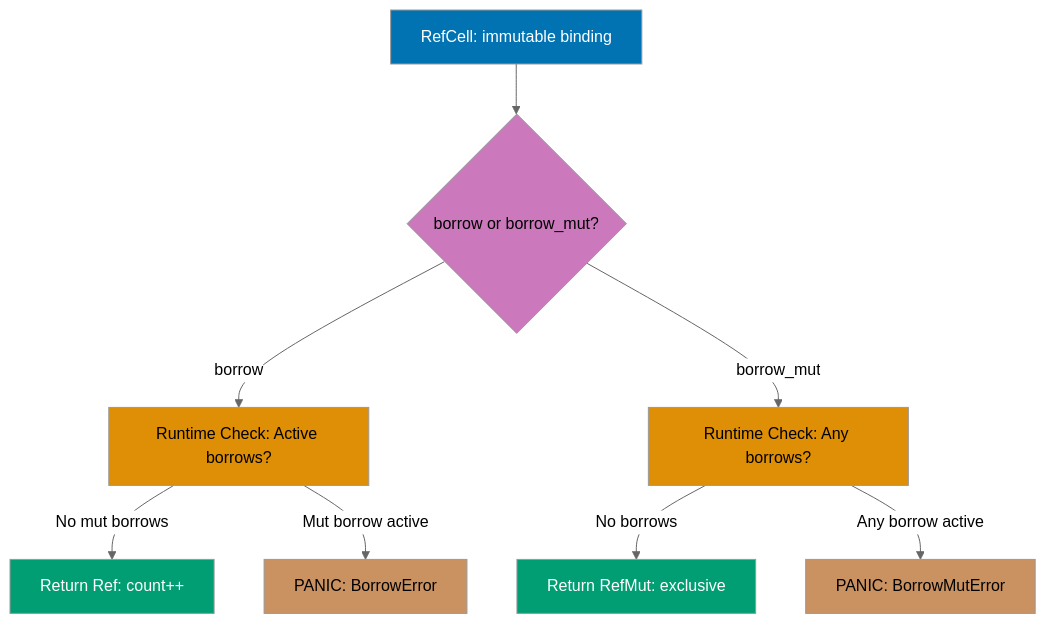
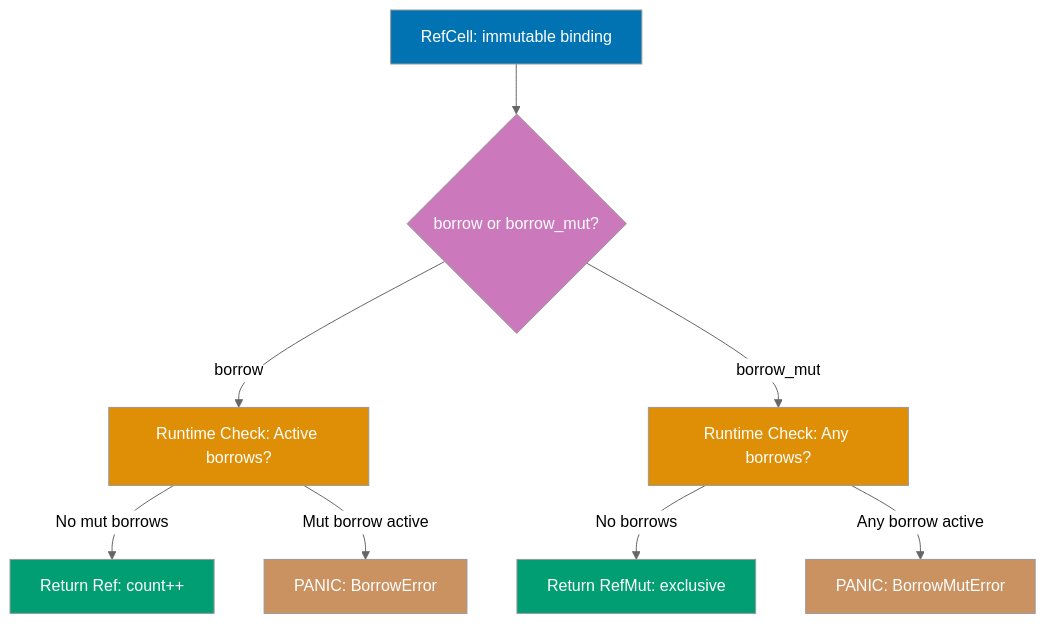
The eighth of 12 diagrams in apps/ayokoding-web/content/en/learn/software-engineering/programming-languages/rust/by-example/intermediate.md (wahidyankf/open-sharia-enterprise), drawn with Mermaid (neutral theme) before and after one commit. The commit also changed other lines of this file and 61 other files, not shown here.

First line of the commit message:
fix(ayokoding-web): quote Mermaid node labels with special characters in Example 63

````diff
--- a/apps/ayokoding-web/content/en/learn/software-engineering/programming-languages/rust/by-example/intermediate.md
+++ b/apps/ayokoding-web/content/en/learn/software-engineering/programming-languages/rust/by-example/intermediate.md
@@ -1435,20 +1435,20 @@
 ```mermaid
 %% RefCell runtime borrow checking
 graph TD
     A[RefCell<T>: immutable binding] --> B{borrow or borrow_mut?}
     B -->|borrow| C[Runtime Check: Active borrows?]
     B -->|borrow_mut| D[Runtime Check: Any borrows?]
     C -->|No mut borrows| E[Return Ref<T>: count++]
     C -->|Mut borrow active| F[PANIC: BorrowError]
     D -->|No borrows| G[Return RefMut<T>: exclusive]
     D -->|Any borrow active| H[PANIC: BorrowMutError]
 
     style A fill:#0173B2,color:#fff
-    style B fill:#CC78BC,color:#000
-    style C fill:#DE8F05,color:#000
-    style D fill:#DE8F05,color:#000
+    style B fill:#CC78BC,color:#fff
+    style C fill:#DE8F05,color:#fff
+    style D fill:#DE8F05,color:#fff
     style E fill:#029E73,color:#fff
-    style F fill:#CA9161,color:#000
+    style F fill:#CA9161,color:#fff
     style G fill:#029E73,color:#fff
-    style H fill:#CA9161,color:#000
+    style H fill:#CA9161,color:#fff
 ```
````
